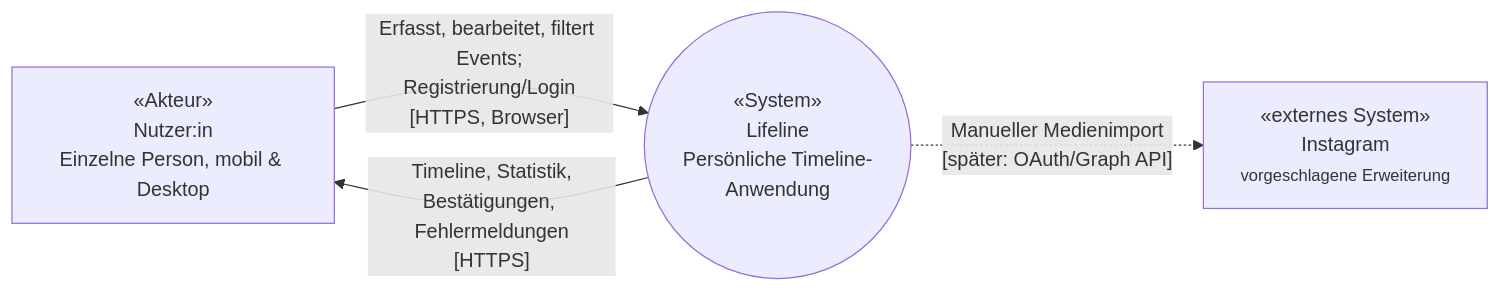
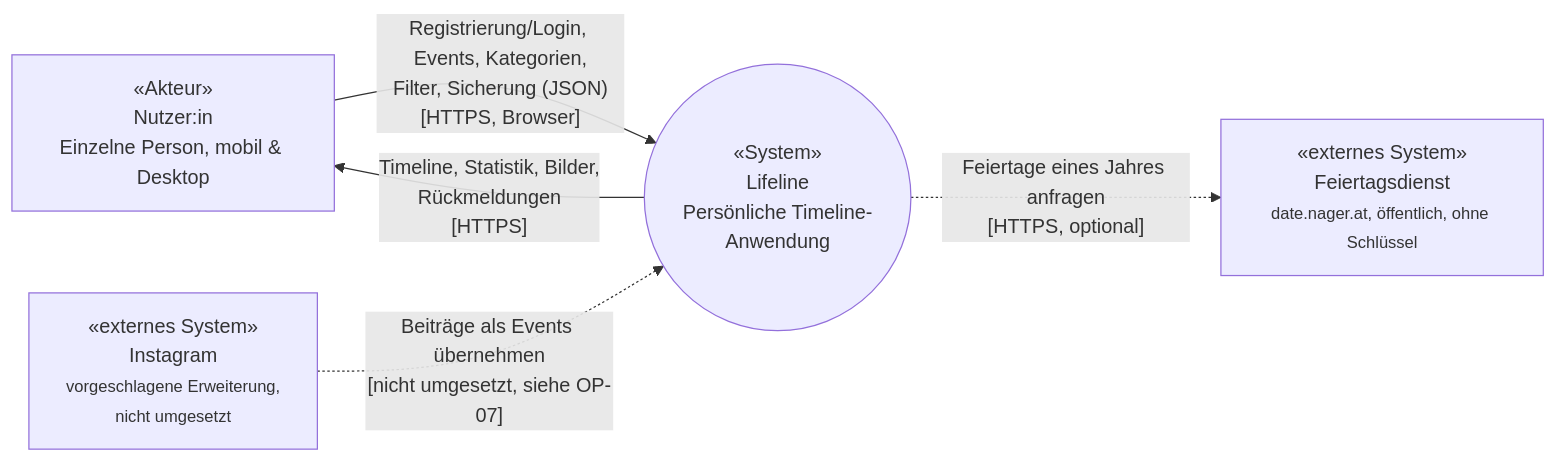
One commit to ksukh-ux/lifeline-project changed the diagram in docs/arch/A03-Kontext-und-Umfang.md. Above: the diagram before and after it, drawn with Mermaid. The commit also changed other lines of this file, not shown here.

Commit message:
docs(arch): add holiday service to context view and mark Instagram as not implemented

````diff
--- a/docs/arch/A03-Kontext-und-Umfang.md
+++ b/docs/arch/A03-Kontext-und-Umfang.md
@@ -12,10 +12,12 @@
 ```mermaid
 flowchart LR
     N["«Akteur»<br/>Nutzer:in<br/>Einzelne Person, mobil &amp; Desktop"]
     L(("«System»<br/>Lifeline<br/>Persönliche Timeline-Anwendung"))
+    H["«externes System»<br/>Feiertagsdienst<br/><small>date.nager.at, öffentlich, ohne Schlüssel</small>"]
+    I["«externes System»<br/>Instagram<br/><small>vorgeschlagene Erweiterung,<br/>nicht umgesetzt</small>"]
 
-    N -->|"Erfasst, bearbeitet, filtert Events;<br/>Registrierung/Login<br/>[HTTPS, Browser]"| L
-    L -->|"Timeline, Statistik,<br/>Bestätigungen, Fehlermeldungen<br/>[HTTPS]"| N
-    I["«externes System»<br/>Instagram<br/><small>vorgeschlagene Erweiterung</small>"]
-    L -.->|"Manueller Medienimport<br/>[später: OAuth/Graph API]"| I
+    N -->|"Registrierung/Login, Events, Kategorien,<br/>Filter, Sicherung (JSON)<br/>[HTTPS, Browser]"| L
+    L -->|"Timeline, Statistik, Bilder,<br/>Rückmeldungen<br/>[HTTPS]"| N
+    L -.->|"Feiertage eines Jahres anfragen<br/>[HTTPS, optional]"| H
+    I -.->|"Beiträge als Events übernehmen<br/>[nicht umgesetzt, siehe OP-07]"| L
 ```
````
